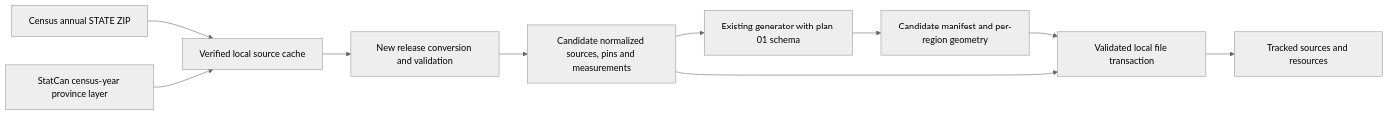
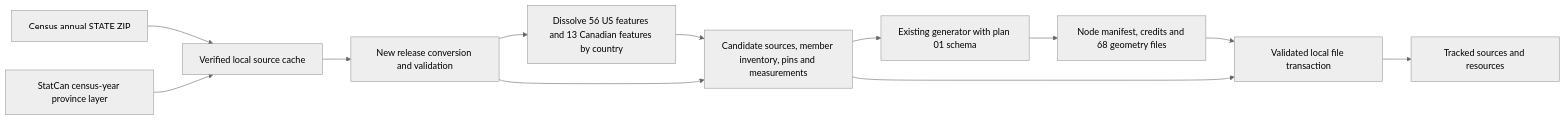
The diagram in Plans/2026-11-22-north-american-regions/02-boundary-updater.md (kyleve/Stuff), drawn with Mermaid (neutral theme) before and after one commit. The commit also changed other lines of this file and 3 other files, not shown here.

First line of the commit message:
docs(where): require an outline for every country in RegionKit

````diff
--- a/Plans/2026-11-22-north-american-regions/02-boundary-updater.md
+++ b/Plans/2026-11-22-north-american-regions/02-boundary-updater.md
@@ -25,12 +25,14 @@
 ```mermaid
 flowchart LR
     US["Census annual STATE ZIP"] --> Cache["Verified local source cache"]
     CA["StatCan census-year province layer"] --> Cache
     Cache --> Normalize["New release conversion and validation"]
-    Normalize --> Candidate["Candidate normalized sources, pins and measurements"]
+    Normalize --> Countries["Dissolve 56 US features and 13 Canadian features by country"]
+    Countries --> Candidate["Candidate sources, member inventory, pins and measurements"]
+    Normalize --> Candidate
     Candidate --> Generate["Existing generator with plan 01 schema"]
-    Generate --> Output["Candidate manifest and per-region geometry"]
+    Generate --> Output["Node manifest, credits and 68 geometry files"]
     Output --> Adopt["Validated local file transaction"]
     Candidate --> Adopt
     Adopt --> Tracked["Tracked sources and resources"]
 ```
````
